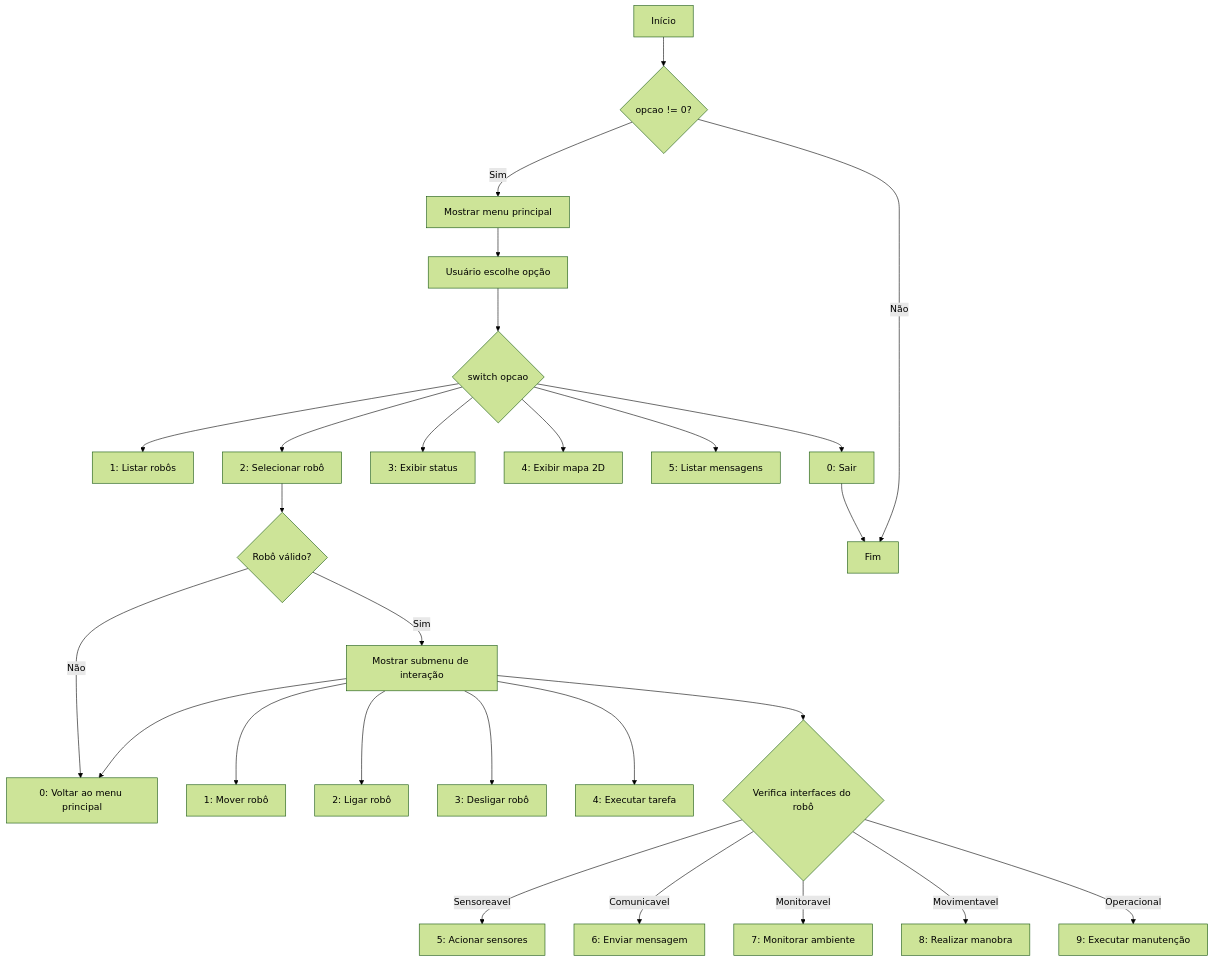
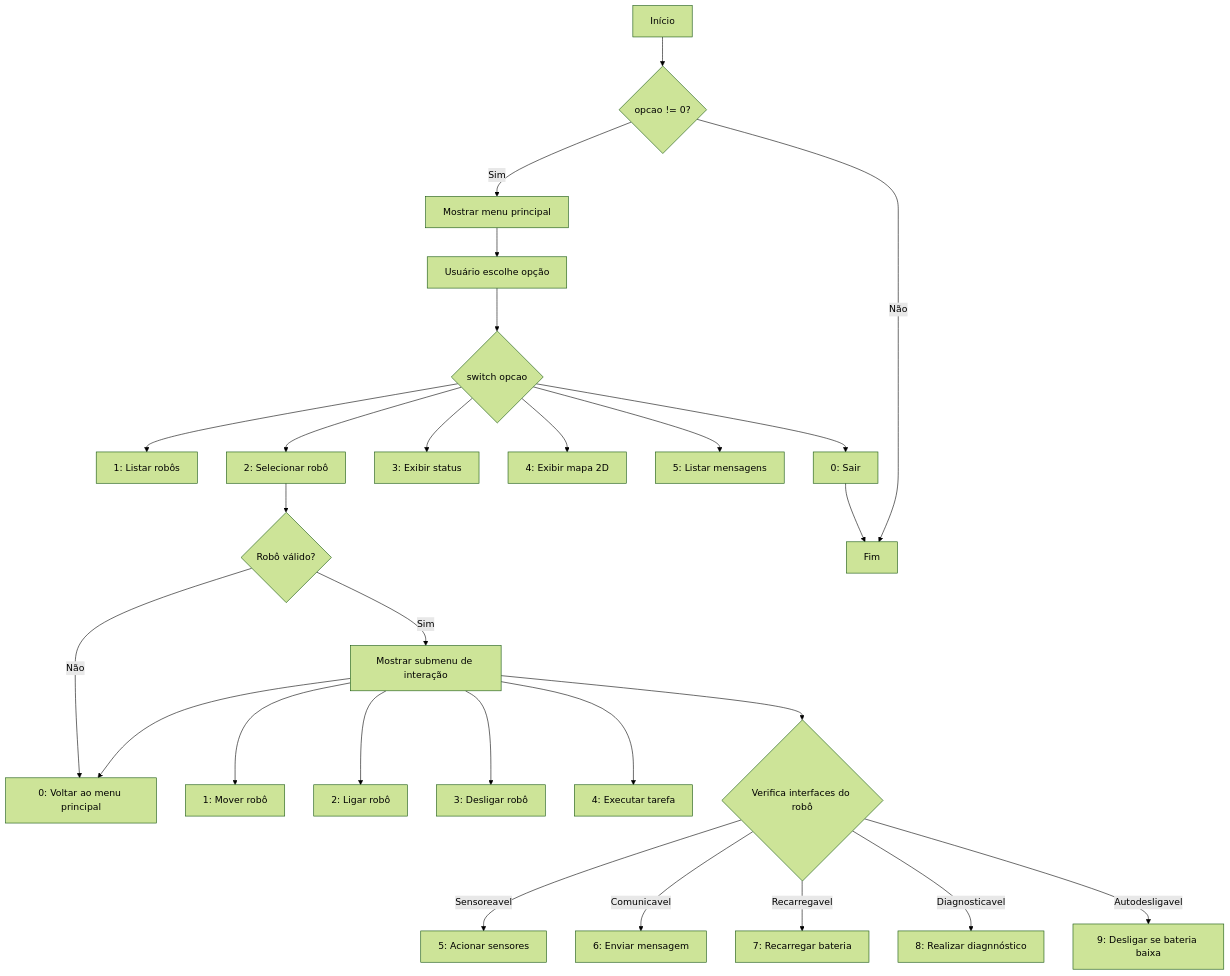
Before and after one commit to dscnaves/MC322-POO: the first of 2 diagrams in lab04/README.md, drawn with Mermaid (forest theme). The commit also changed other lines of this file, not shown here.

````diff
--- a/lab04/README.md
+++ b/lab04/README.md
@@ -25,38 +25,38 @@
 ```mermaid
 
 flowchart TD
     A[Início] --> B{opcao != 0?}
     B -->|Sim| C[Mostrar menu principal]
     C --> D[Usuário escolhe opção]
     D --> E{switch opcao}
 
     E --> E1[1: Listar robôs]
     E --> E2[2: Selecionar robô]
     E --> E3[3: Exibir status]
     E --> E4[4: Exibir mapa 2D]
     E --> E5[5: Listar mensagens]
     E --> E0[0: Sair]
 
     E2 --> F{Robô válido?}
     F -->|Sim| G[Mostrar submenu de interação]
     F -->|Não| G0[Exibir erro]
     
     G --> G1[1: Mover robô]
     G --> G2[2: Ligar robô]
     G --> G3[3: Desligar robô]
     G --> G4[4: Executar tarefa]
 
     G --> H{Verifica interfaces do robô}
     
     H -->|Sensoreavel| G5[5: Acionar sensores]
     H -->|Comunicavel| G6[6: Enviar mensagem]
-    H -->|Monitoravel| G7[7: Monitorar ambiente]
-    H -->|Movimentavel| G8[8: Realizar manobra]
-    H -->|Operacional| G9[9: Executar manutenção]
+    H -->|Recarregavel| G7[7: Recarregar bateria]
+    H -->|Diagnosticavel| G8[8: Realizar diagnnóstico]
+    H -->|Autodesligavel| G9[9: Desligar se bateria baixa]
 
     G --> G0[0: Voltar ao menu principal]
 
     E0 --> Z[Fim]
     B -->|Não| Z
 
 ```
````
